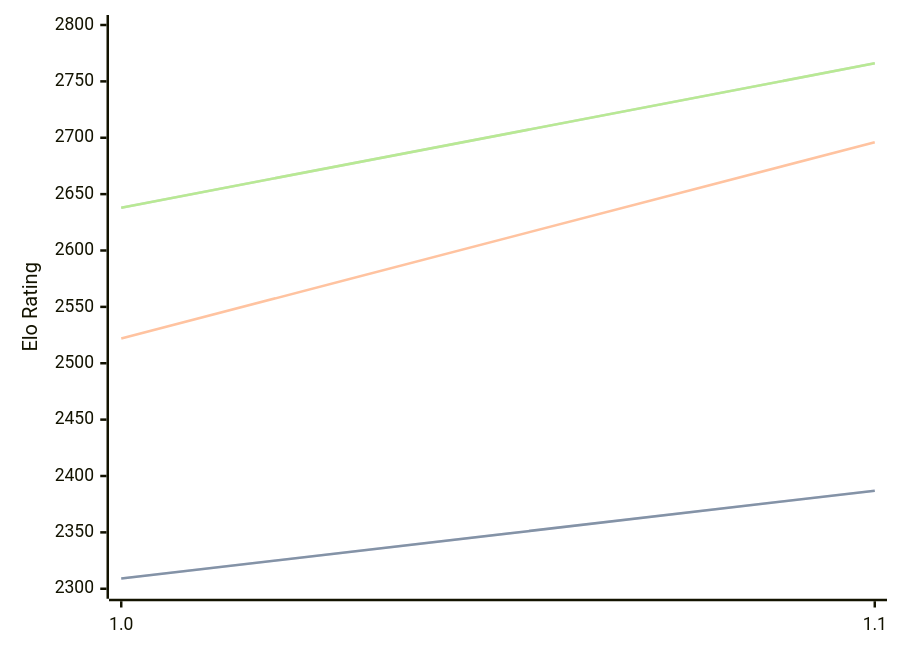
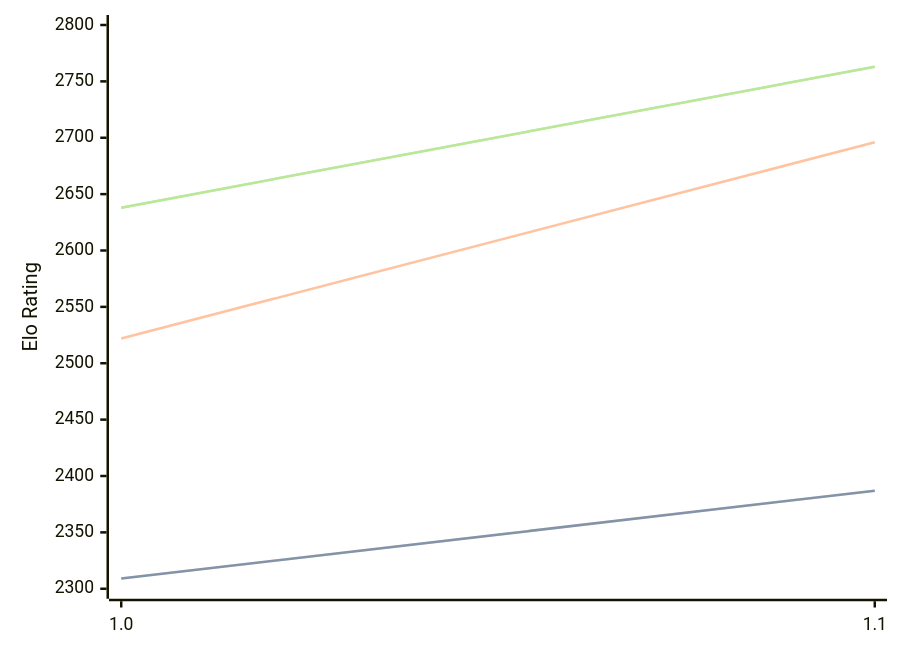
Before and after one commit to computer-chess-index/cci: the diagram in engines/FoxChess.md, drawn with Mermaid. The commit also changed other lines of this file, not shown here.

Commit message:
Update CCI Ratings (ELO VLTC) - 2026-06-09

````diff
--- a/engines/FoxChess.md
+++ b/engines/FoxChess.md
@@ -32,11 +32,11 @@
 ```mermaid
 %%{init: {"theme":"base","themeVariables":{"seriesColors:['#a3a3a3','#222221','#faa371']}}}%%
 xychart-beta
   x-axis ["1.0", "1.1"]
   y-axis "Elo Rating" 2300 --> 2800
   line "STC (8.0+0.08s)" [2309, 2387]
   line "STC (8.0+0.08s)" [2309, 2387]
   line "LTC (60.0+0.60s)" [2522, 2696]
-  line "VLTC (2m24s+1.12s)" [2638, 2766]
-  line "VLTC (2m24s+1.12s)" [2638, 2766]
+  line "VLTC (2m24s+1.12s)" [2638, 2763]
+  line "VLTC (2m24s+1.12s)" [2638, 2763]
 ```
````
